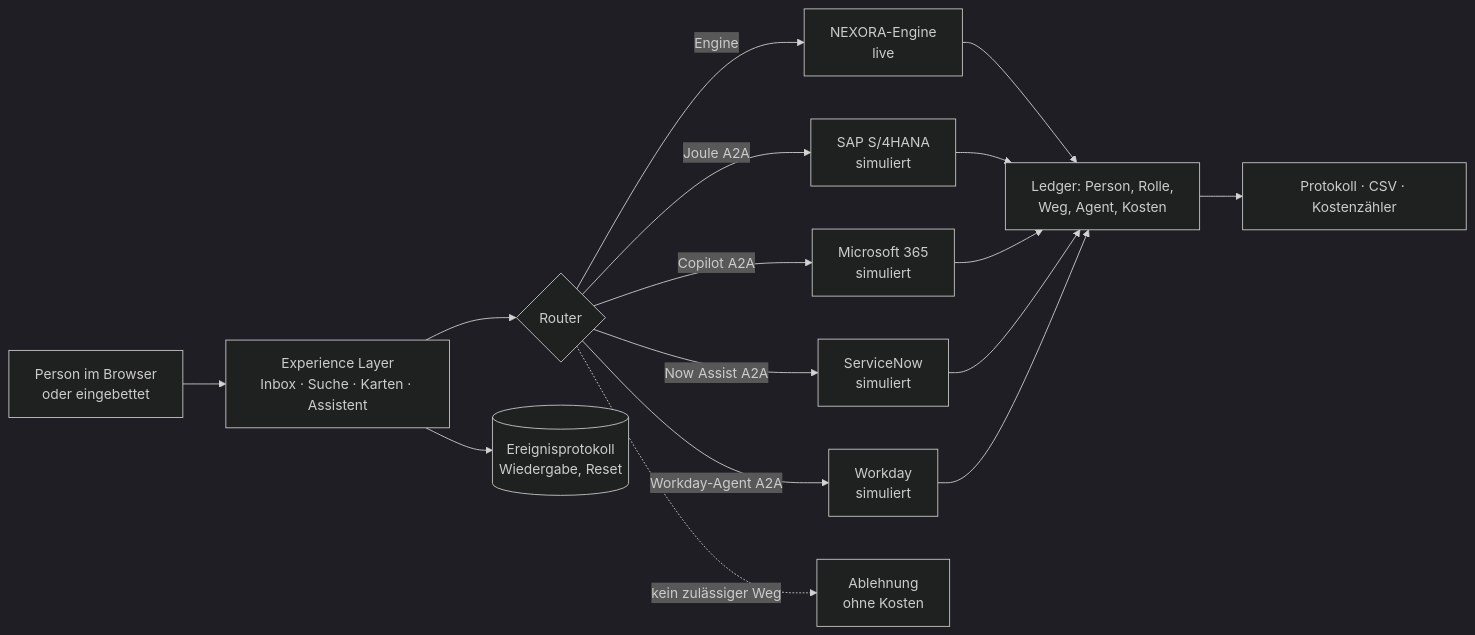
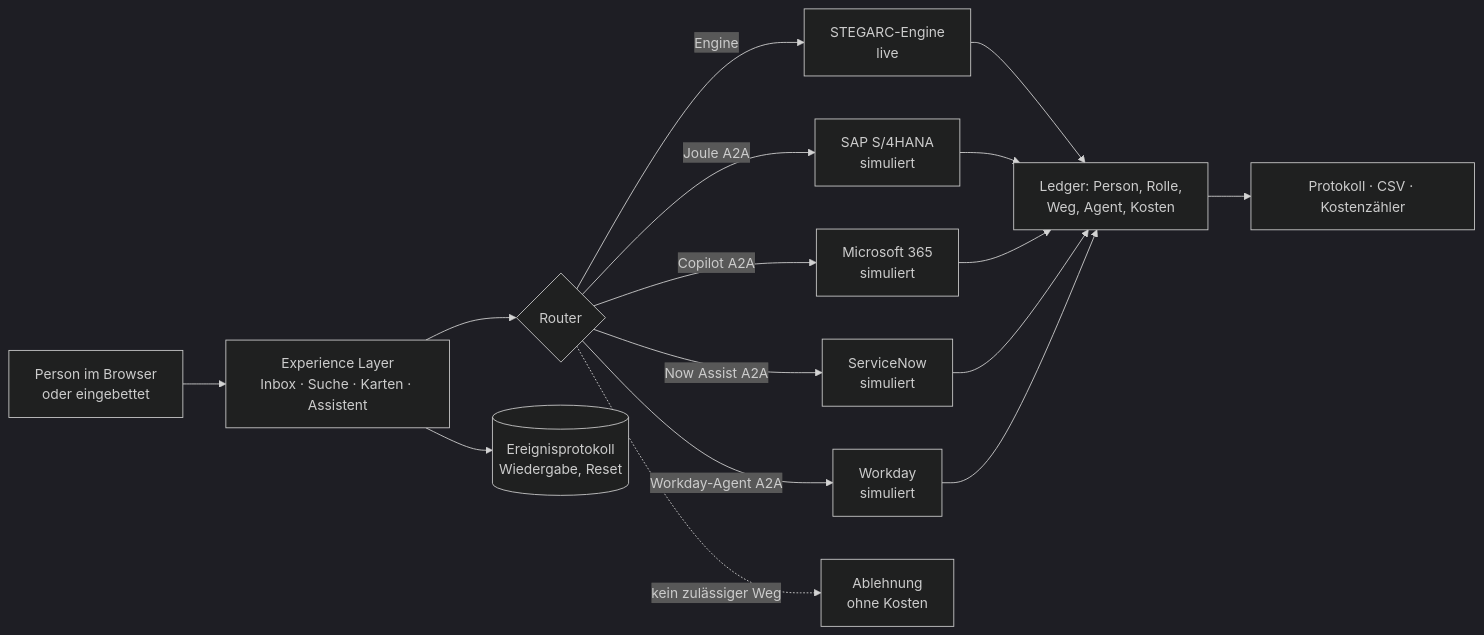
The diagram in README.md (marcelwagner-afk/nexora-suite), drawn with Mermaid (dark theme) before and after one commit. The commit also changed other lines of this file and 55 other files, not shown here.

````diff
--- a/README.md
+++ b/README.md
@@ -96,14 +96,14 @@
 ```mermaid
 flowchart LR
   P[Person im Browser<br/>oder eingebettet] --> UI[Experience Layer<br/>Inbox · Suche · Karten · Assistent]
   UI --> R{Router}
-  R -->|Engine| N[NEXORA-Engine<br/>live]
+  R -->|Engine| N[STEGARC-Engine<br/>live]
   R -->|Joule A2A| S[SAP S/4HANA<br/>simuliert]
   R -->|Copilot A2A| M[Microsoft 365<br/>simuliert]
   R -->|Now Assist A2A| SN[ServiceNow<br/>simuliert]
   R -->|Workday-Agent A2A| WD[Workday<br/>simuliert]
   R -.->|kein zulässiger Weg| X[Ablehnung<br/>ohne Kosten]
   UI --> L[(Ereignisprotokoll<br/>Wiedergabe, Reset)]
   N & S & M & SN & WD --> K[Ledger: Person, Rolle,<br/>Weg, Agent, Kosten]
   K --> A[Protokoll · CSV · Kostenzähler]
 ```
````
